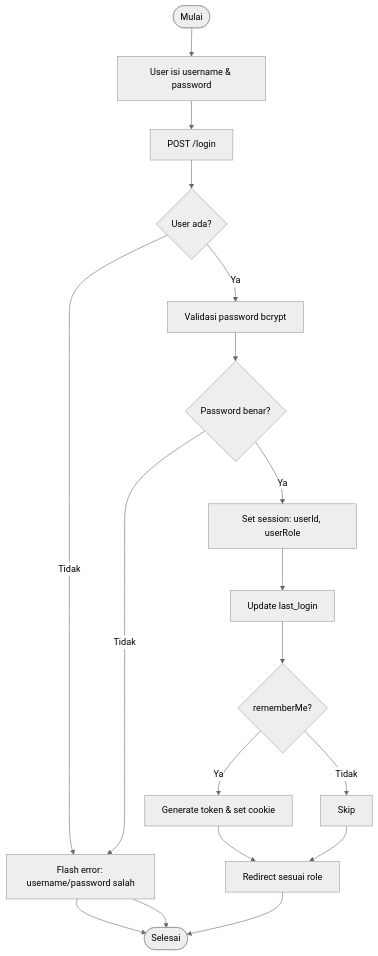
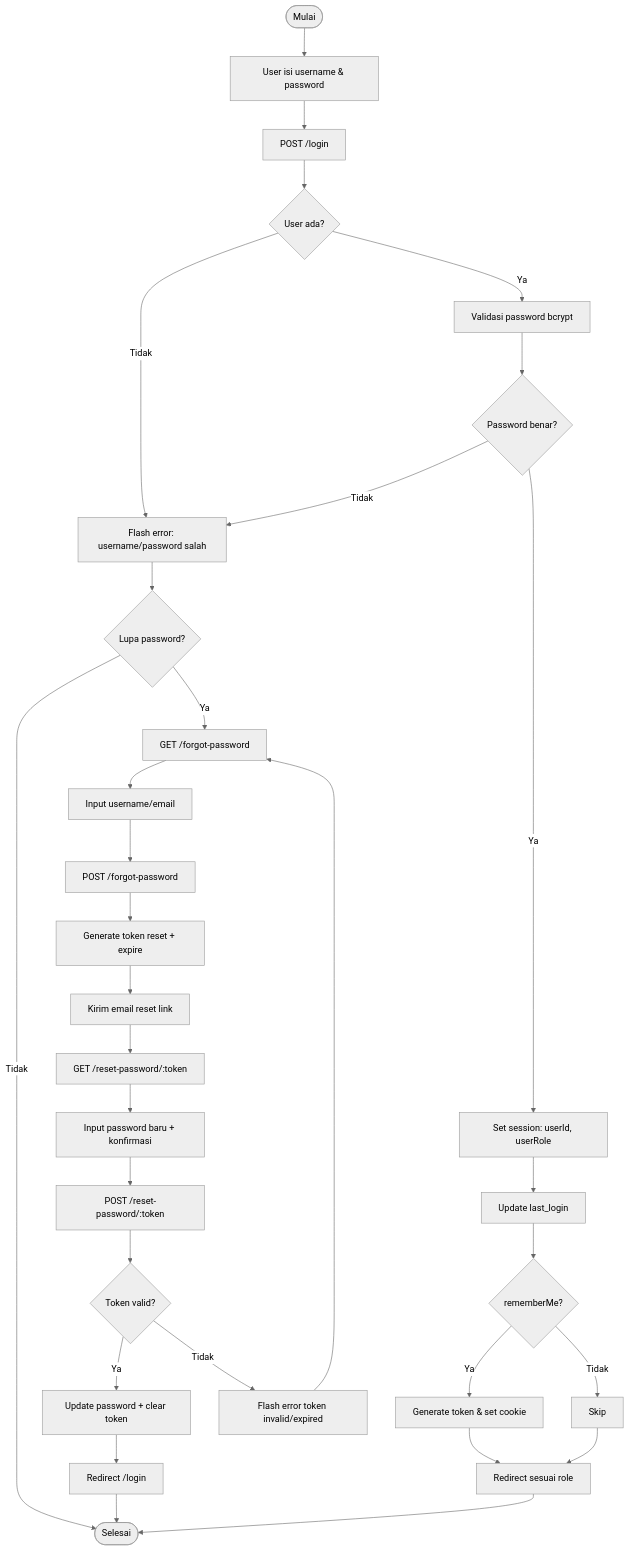
Before and after one commit to farsy06/ukk: the third of 5 diagrams in docs/UKK_Dokumentasi.md, drawn with Mermaid (neutral theme). The commit also changed other lines of this file, not shown here.

````diff
--- a/docs/UKK_Dokumentasi.md
+++ b/docs/UKK_Dokumentasi.md
@@ -396,18 +407,34 @@
 ```mermaid
 flowchart TD
   L0([Mulai]) --> L1[User isi username & password]
   L1 --> L2[POST /login]
   L2 --> L3{User ada?}
-  L3 -- Tidak --> Lx[Flash error: username/password salah] --> Lend([Selesai])
+  L3 -- Tidak --> Lx[Flash error: username/password salah]
+  Lx --> LF{Lupa password?}
+  LF -- Tidak --> Lend([Selesai])
+  LF -- Ya --> F1[GET /forgot-password]
+  F1 --> F2[Input username/email]
+  F2 --> F3[POST /forgot-password]
+  F3 --> F4[Generate token reset + expire]
+  F4 --> F5[Kirim email reset link]
+  F5 --> F6[GET /reset-password/:token]
+  F6 --> F7[Input password baru + konfirmasi]
+  F7 --> F8[POST /reset-password/:token]
+  F8 --> F9{Token valid?}
+  F9 -- Ya --> F10[Update password + clear token]
+  F10 --> F11[Redirect /login]
+  F11 --> Lend
+  F9 -- Tidak --> F12[Flash error token invalid/expired]
+  F12 --> F1
   L3 -- Ya --> L4[Validasi password bcrypt]
   L4 --> L5{Password benar?}
-  L5 -- Tidak --> Lx --> Lend
+  L5 -- Tidak --> Lx
   L5 -- Ya --> L6[Set session: userId, userRole]
   L6 --> L7[Update last_login]
   L7 --> L8{rememberMe?}
   L8 -- Ya --> L9[Generate token & set cookie]
   L8 -- Tidak --> L10[Skip]
   L9 --> L11[Redirect sesuai role]
   L10 --> L11
   L11 --> Lend
 ```
````
